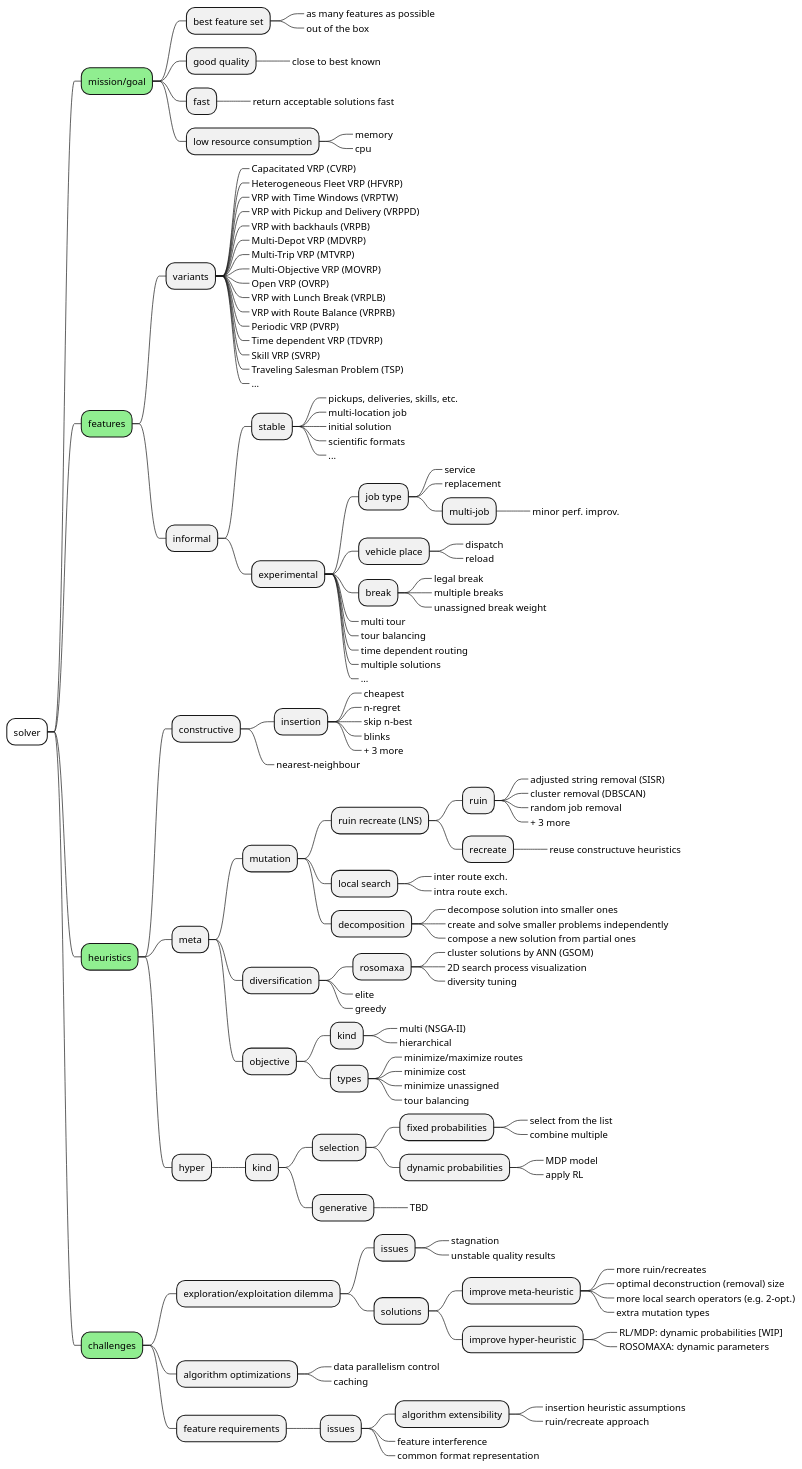
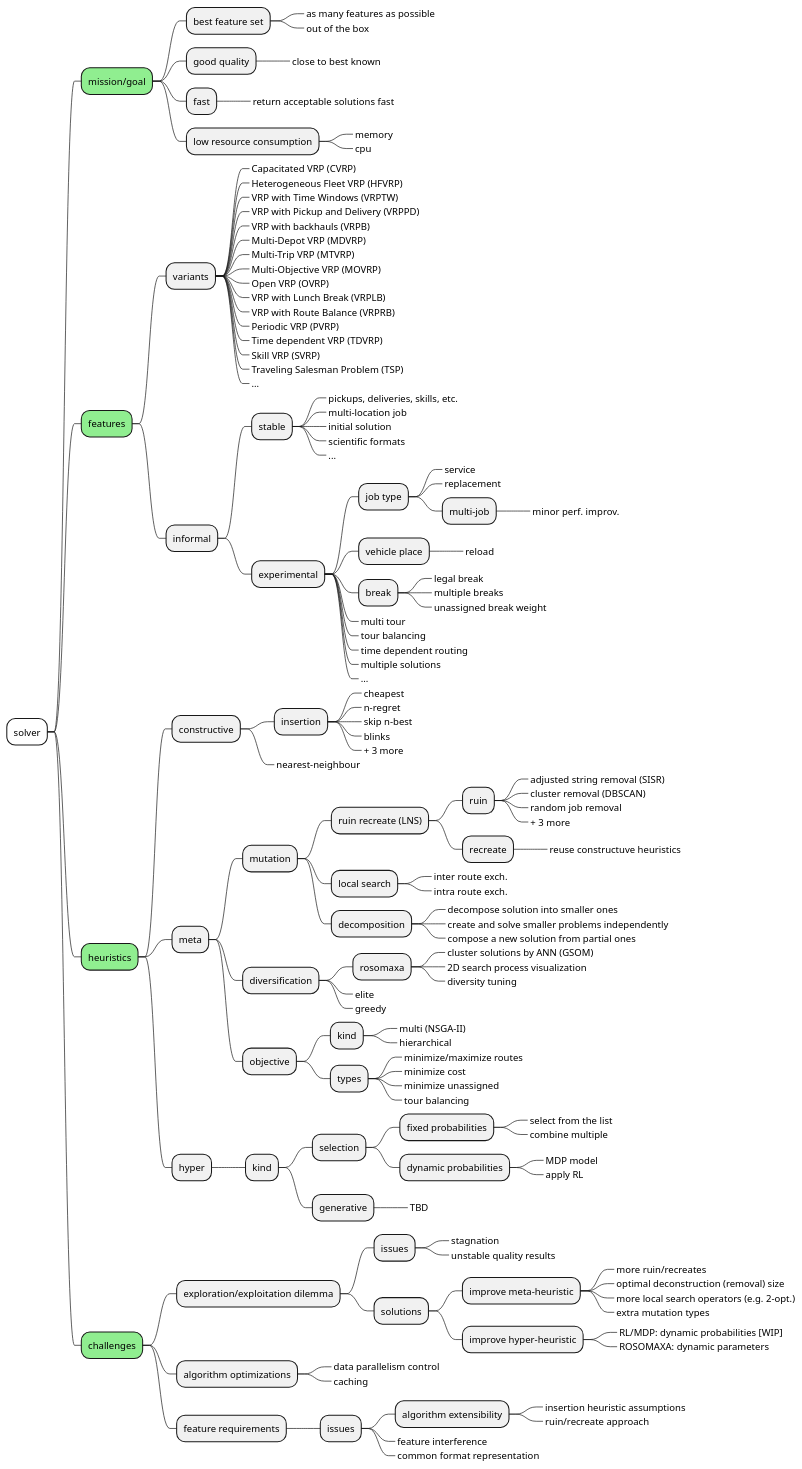
One commit to reinterpretcat/vrp changed the diagram in docs/src/internals/overview.md. Above: the diagram before and after it, drawn with PlantUML. The commit also changed 60 other files, not shown here.

```diff
--- a/docs/src/internals/overview.md
+++ b/docs/src/internals/overview.md
@@ -61,7 +61,6 @@
      * multi-job
       *_ minor perf. improv.
     * vehicle place
-     *_ dispatch
      *_ reload
     * break
      *_ legal break
```
